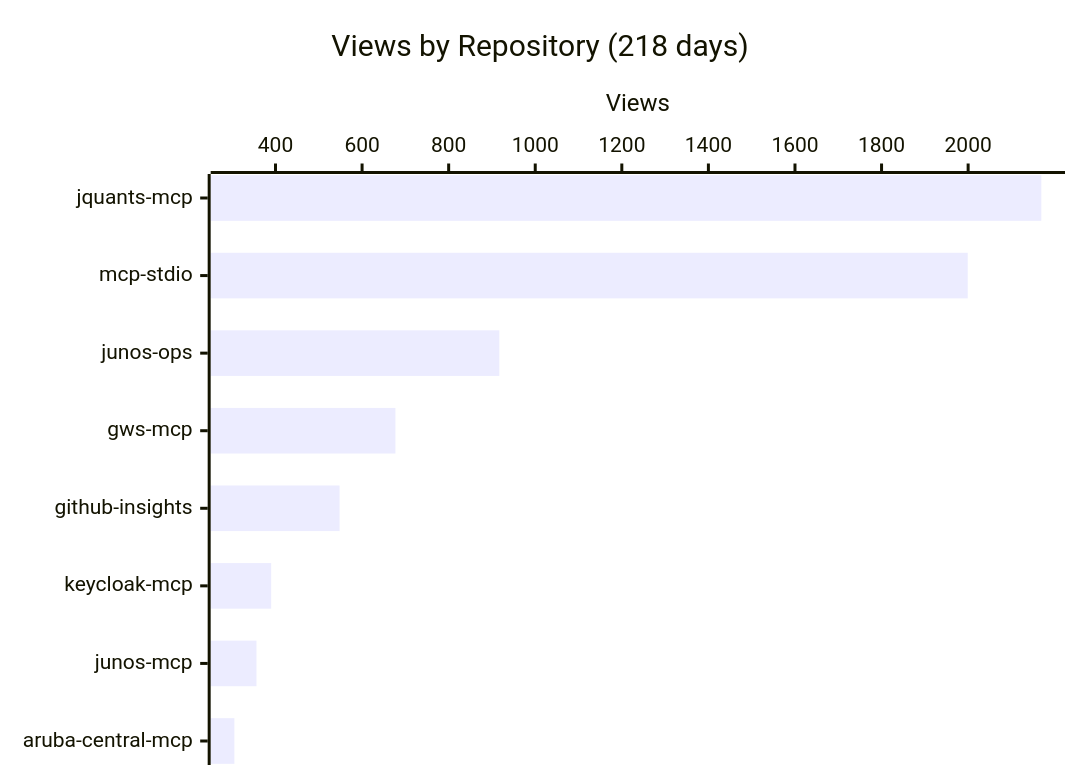
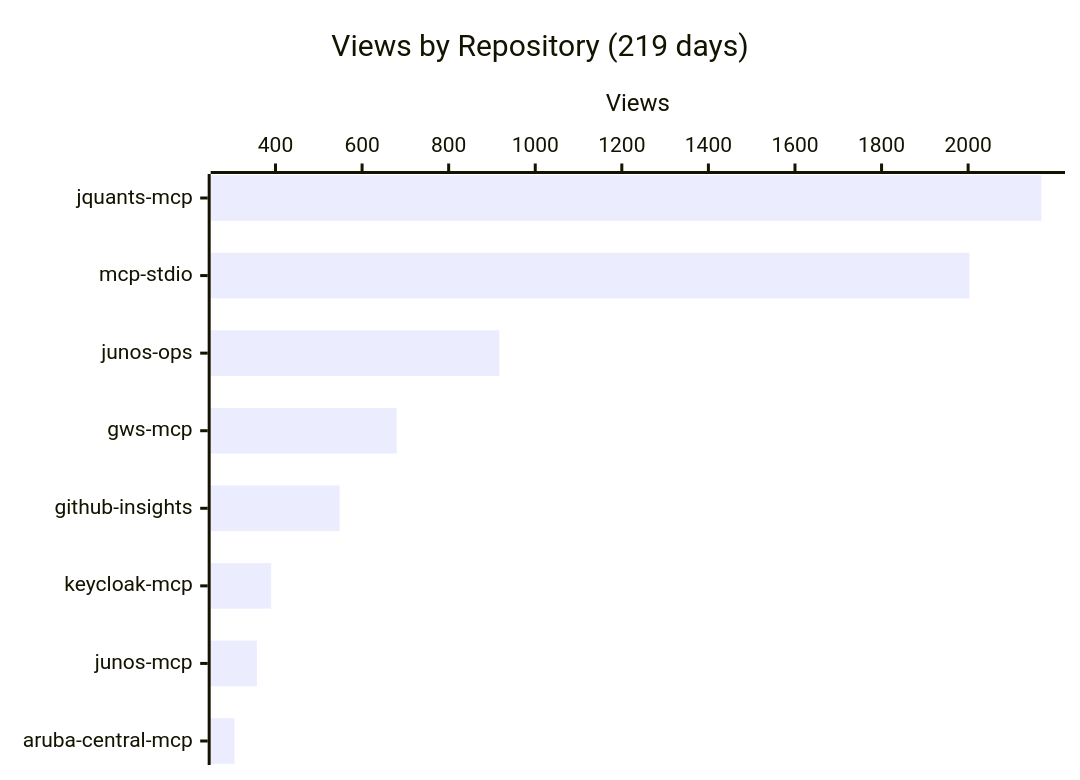
The first of 4 diagrams in README.md (shigechika/github-insights), drawn with Mermaid before and after one commit. The commit also changed other lines of this file and 2 other files, not shown here.

````diff
--- a/README.md
+++ b/README.md
@@ -18,7 +18,7 @@
 ```mermaid
 xychart-beta horizontal
-    title "Views by Repository (218 days)"
+    title "Views by Repository (219 days)"
     x-axis ["jquants-mcp", "mcp-stdio", "junos-ops", "gws-mcp", "github-insights", "keycloak-mcp", "junos-mcp", "aruba-central-mcp"]
     y-axis "Views"
-    bar [2169, 1999, 917, 677, 548, 390, 356, 305]
+    bar [2169, 2003, 917, 680, 548, 390, 357, 305]
 ```
````
